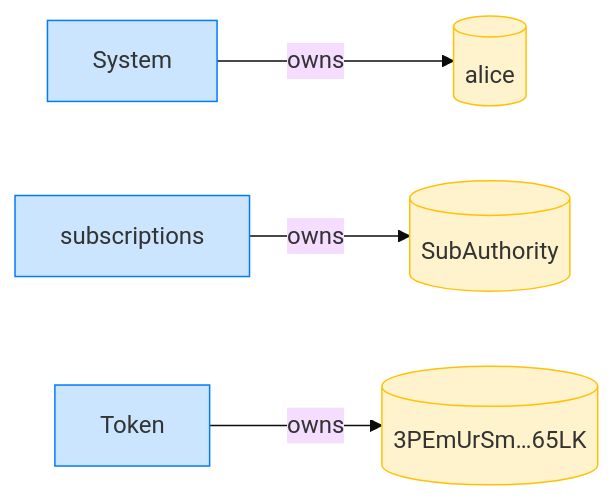
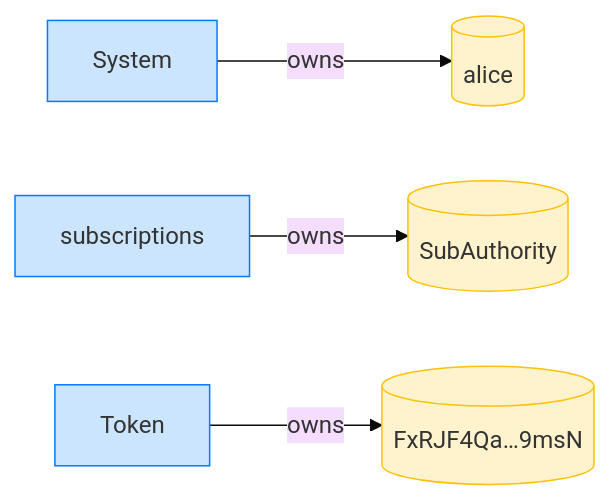
One commit to cds-rs/subscriptions changed the fourth of 12 diagrams in dsl_tests/cancel-after-plan-expiry-allows-an-immediate-revoke.md. Above: the diagram before and after it, drawn with Mermaid (base theme). The commit also changed other lines of this file and 224 other files, not shown here.

````diff
--- a/dsl_tests/cancel-after-plan-expiry-allows-an-immediate-revoke.md
+++ b/dsl_tests/cancel-after-plan-expiry-allows-an-immediate-revoke.md
@@ -73,14 +78,14 @@
 ```mermaid
 flowchart LR
     classDef owner fill:#cce5ff,stroke:#007bff;
     classDef account fill:#fff3cd,stroke:#ffc107;
     System[System]:::owner
     alice[(alice)]:::account
     subscriptions[subscriptions]:::owner
     SubAuthority[(SubAuthority)]:::account
     Token[Token]:::owner
-    3PEmUrSm_65LK[("3PEmUrSm…65LK")]:::account
+    FxRJF4Qa_9msN[("FxRJF4Qa…9msN")]:::account
     System -->|owns| alice
     subscriptions -->|owns| SubAuthority
-    Token -->|owns| 3PEmUrSm_65LK
+    Token -->|owns| FxRJF4Qa_9msN
 ```
````
